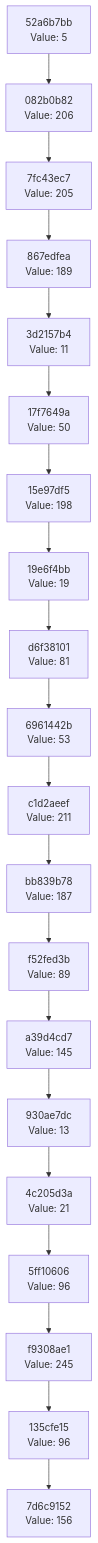
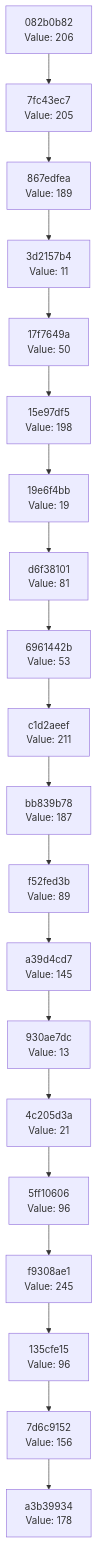
One commit to Abhisheksinha1506/hash-chain-evolver changed the diagram in docs/CHAIN_VISUALIZATION.md. Above: the diagram before and after it, drawn with Mermaid. The commit also changed 2 other files, not shown here.

Commit message:
Evolution Step

````diff
--- a/docs/CHAIN_VISUALIZATION.md
+++ b/docs/CHAIN_VISUALIZATION.md
@@ -3,42 +3,42 @@
 ```mermaid
 graph TD
-    C0["7d6c9152<br/>Value: 156"]
-    C1["135cfe15<br/>Value: 96"]
+    C0["a3b39934<br/>Value: 178"]
+    C1["7d6c9152<br/>Value: 156"]
     C1 --> C0
-    C2["f9308ae1<br/>Value: 245"]
+    C2["135cfe15<br/>Value: 96"]
     C2 --> C1
-    C3["5ff10606<br/>Value: 96"]
+    C3["f9308ae1<br/>Value: 245"]
     C3 --> C2
-    C4["4c205d3a<br/>Value: 21"]
+    C4["5ff10606<br/>Value: 96"]
     C4 --> C3
-    C5["930ae7dc<br/>Value: 13"]
+    C5["4c205d3a<br/>Value: 21"]
     C5 --> C4
-    C6["a39d4cd7<br/>Value: 145"]
+    C6["930ae7dc<br/>Value: 13"]
     C6 --> C5
-    C7["f52fed3b<br/>Value: 89"]
+    C7["a39d4cd7<br/>Value: 145"]
     C7 --> C6
-    C8["bb839b78<br/>Value: 187"]
+    C8["f52fed3b<br/>Value: 89"]
     C8 --> C7
-    C9["c1d2aeef<br/>Value: 211"]
+    C9["bb839b78<br/>Value: 187"]
     C9 --> C8
-    C10["6961442b<br/>Value: 53"]
+    C10["c1d2aeef<br/>Value: 211"]
     C10 --> C9
-    C11["d6f38101<br/>Value: 81"]
+    C11["6961442b<br/>Value: 53"]
     C11 --> C10
-    C12["19e6f4bb<br/>Value: 19"]
+    C12["d6f38101<br/>Value: 81"]
     C12 --> C11
-    C13["15e97df5<br/>Value: 198"]
+    C13["19e6f4bb<br/>Value: 19"]
     C13 --> C12
-    C14["17f7649a<br/>Value: 50"]
+    C14["15e97df5<br/>Value: 198"]
     C14 --> C13
-    C15["3d2157b4<br/>Value: 11"]
+    C15["17f7649a<br/>Value: 50"]
     C15 --> C14
-    C16["867edfea<br/>Value: 189"]
+    C16["3d2157b4<br/>Value: 11"]
     C16 --> C15
-    C17["7fc43ec7<br/>Value: 205"]
+    C17["867edfea<br/>Value: 189"]
     C17 --> C16
-    C18["082b0b82<br/>Value: 206"]
+    C18["7fc43ec7<br/>Value: 205"]
     C18 --> C17
-    C19["52a6b7bb<br/>Value: 5"]
+    C19["082b0b82<br/>Value: 206"]
     C19 --> C18
 ```
````
